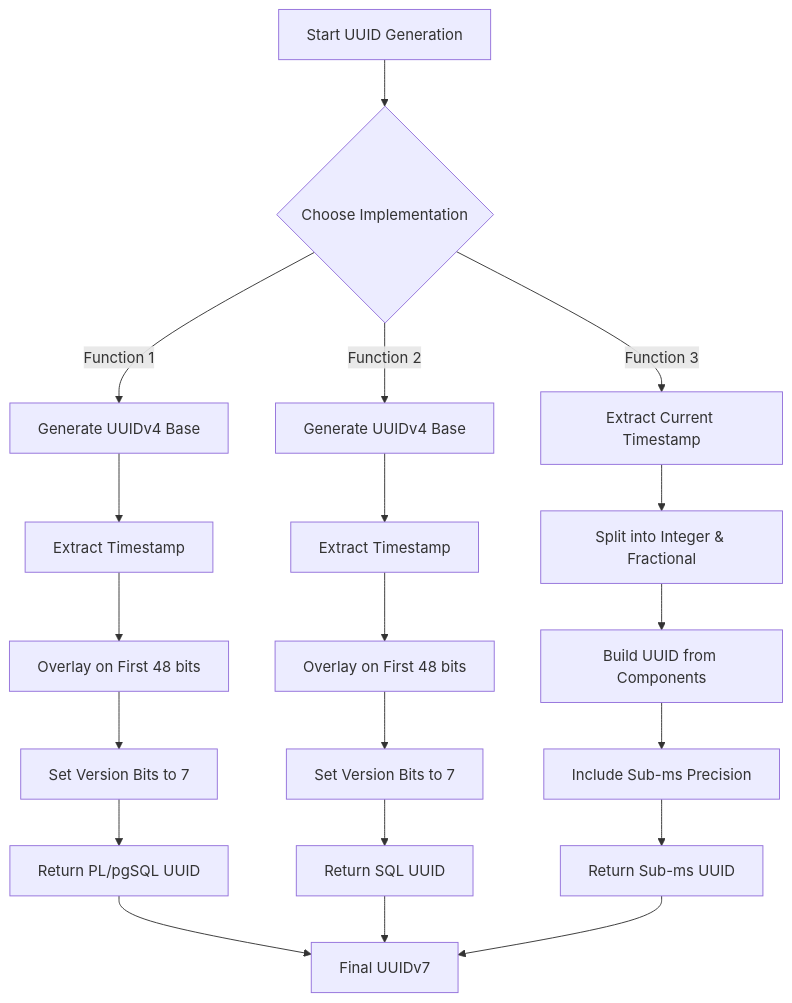
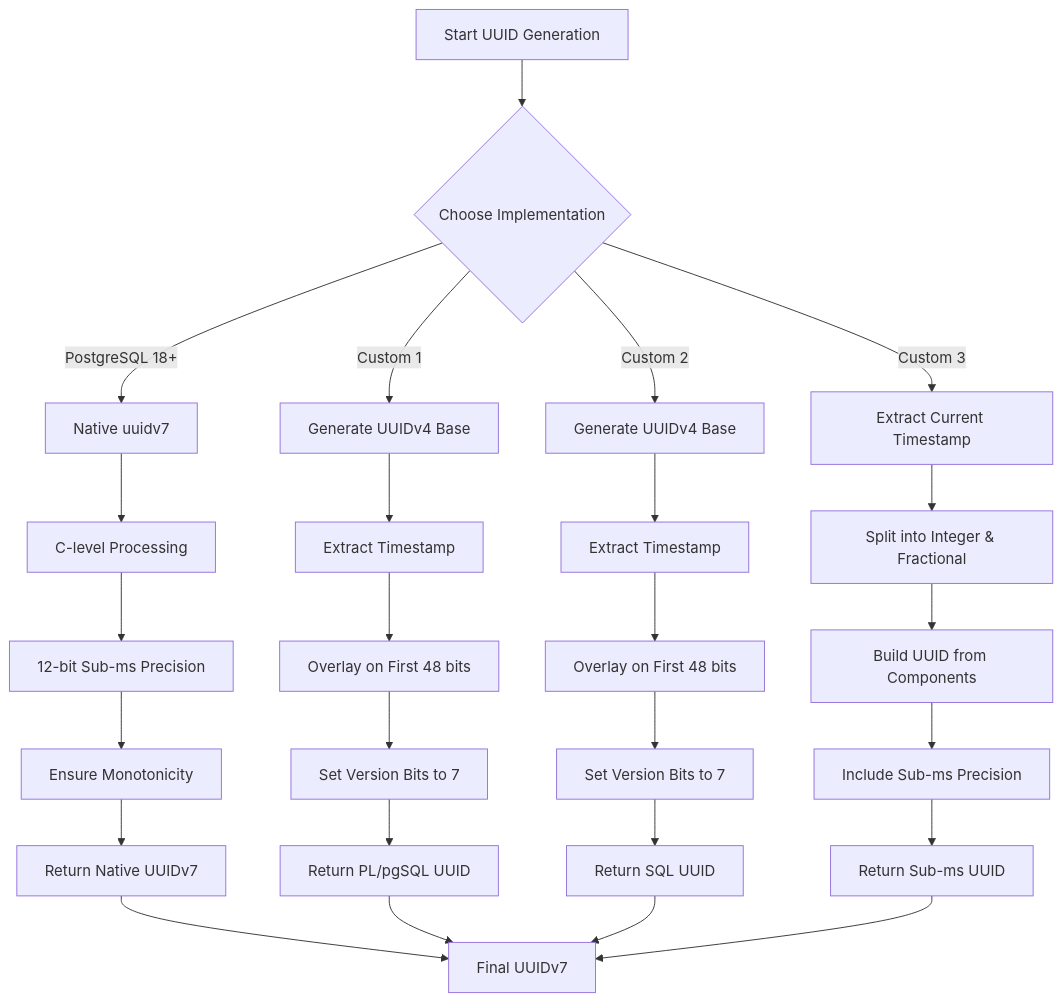
The first of 4 diagrams in src/content/blog/06-uuidv7-postgres/index.mdx (spa5k/saybackend), drawn with Mermaid before and after one commit. The commit also changed other lines of this file and 29 other files, not shown here.

````diff
--- a/src/content/blog/06-uuidv7-postgres/index.mdx
+++ b/src/content/blog/06-uuidv7-postgres/index.mdx
@@ -163,28 +194,34 @@
 ```mermaid
 flowchart TD
     A[Start UUID Generation] --> B{Choose Implementation}
-    
-    B -->|Function 1| C[Generate UUIDv4 Base]
-    B -->|Function 2| D[Generate UUIDv4 Base]  
-    B -->|Function 3| E[Extract Current Timestamp]
-    
+
+    B -->|PostgreSQL 18+| PG18[Native uuidv7]
+    B -->|Custom 1| C[Generate UUIDv4 Base]
+    B -->|Custom 2| D[Generate UUIDv4 Base]
+    B -->|Custom 3| E[Extract Current Timestamp]
+
+    PG18 --> PG18_PROC[C-level Processing]
     C --> F[Extract Timestamp]
     D --> G[Extract Timestamp]
     E --> H[Split into Integer & Fractional]
-    
+
+    PG18_PROC --> PG18_TIME[12-bit Sub-ms Precision]
     F --> I[Overlay on First 48 bits]
     G --> J[Overlay on First 48 bits]
     H --> K[Build UUID from Components]
-    
+
+    PG18_TIME --> PG18_MONO[Ensure Monotonicity]
     I --> L[Set Version Bits to 7]
     J --> M[Set Version Bits to 7]
     K --> N[Include Sub-ms Precision]
-    
+
+    PG18_MONO --> PG18_OUT[Return Native UUIDv7]
     L --> O[Return PL/pgSQL UUID]
     M --> P[Return SQL UUID]
     N --> Q[Return Sub-ms UUID]
-    
-    O --> R[Final UUIDv7]
+
+    PG18_OUT --> R[Final UUIDv7]
+    O --> R
     P --> R
     Q --> R
 ```
````
